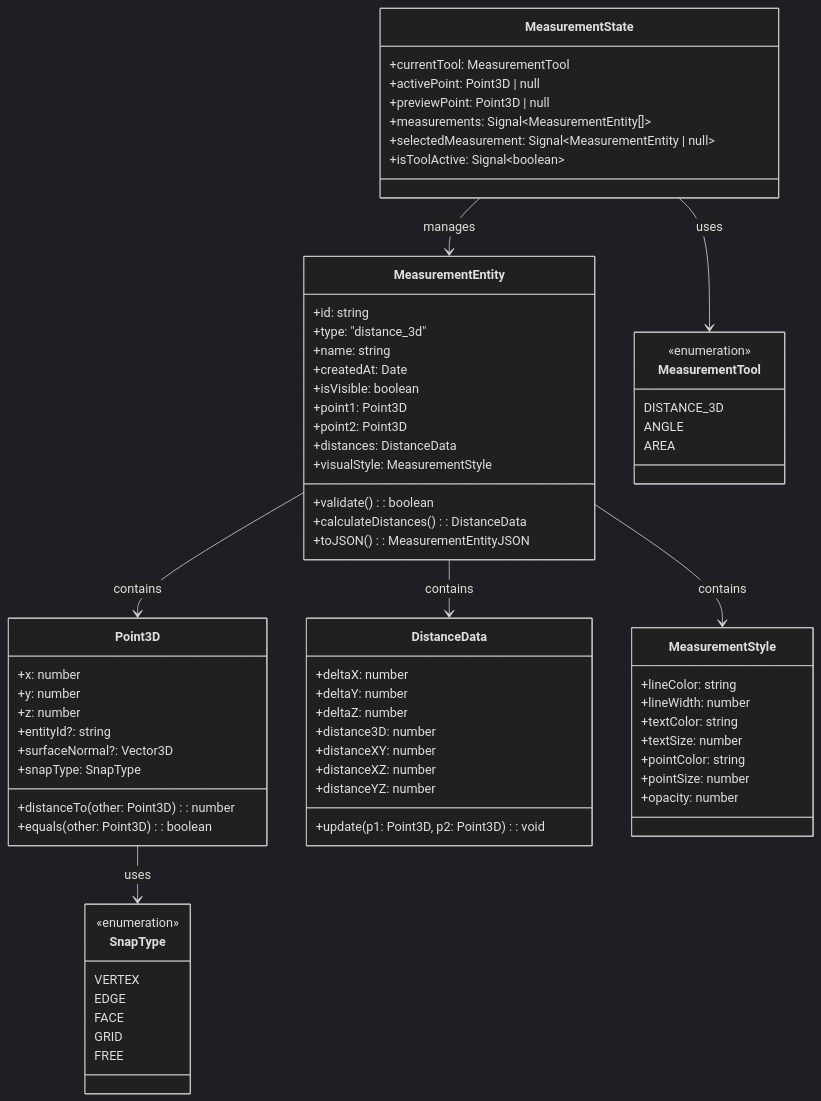
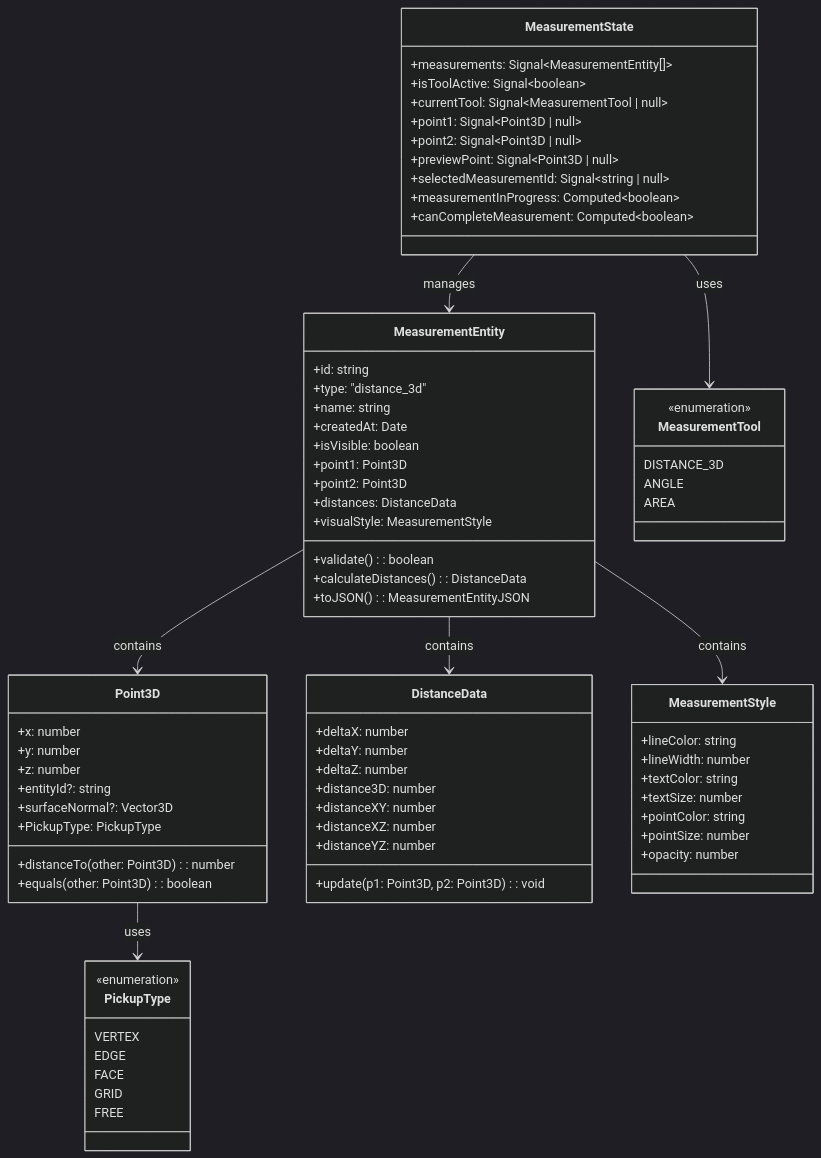
The fourth of 14 diagrams in content/posts/magicloud/uvf/task_measure.md (sjzsdu/tong-notes), drawn with Mermaid (dark theme) before and after one commit. The commit also changed other lines of this file and 97 other files, not shown here.

Commit message:
feat(crewai): describe execution flow and design patterns

````diff
--- a/content/posts/magicloud/uvf/task_measure.md
+++ b/content/posts/magicloud/uvf/task_measure.md
@@ -163,77 +171,80 @@
 ```mermaid
 classDiagram
     class MeasurementEntity {
         +id: string
         +type: "distance_3d"
         +name: string
         +createdAt: Date
         +isVisible: boolean
         +point1: Point3D
         +point2: Point3D
         +distances: DistanceData
         +visualStyle: MeasurementStyle
         +validate(): boolean
         +calculateDistances(): DistanceData
         +toJSON(): MeasurementEntityJSON
     }
     
     class Point3D {
         +x: number
         +y: number
         +z: number
         +entityId?: string
         +surfaceNormal?: Vector3D
-        +snapType: SnapType
+        +PickupType: PickupType
         +distanceTo(other: Point3D): number
         +equals(other: Point3D): boolean
     }
     
     class DistanceData {
         +deltaX: number
         +deltaY: number
         +deltaZ: number
         +distance3D: number
         +distanceXY: number
         +distanceXZ: number
         +distanceYZ: number
         +update(p1: Point3D, p2: Point3D): void
     }
     
     class MeasurementStyle {
         +lineColor: string
         +lineWidth: number
         +textColor: string
         +textSize: number
         +pointColor: string
         +pointSize: number
         +opacity: number
     }
     
     class MeasurementState {
-        +currentTool: MeasurementTool
-        +activePoint: Point3D | null
-        +previewPoint: Point3D | null
         +measurements: Signal~MeasurementEntity[]~
-        +selectedMeasurement: Signal~MeasurementEntity | null~
         +isToolActive: Signal~boolean~
+        +currentTool: Signal~MeasurementTool | null~
+        +point1: Signal~Point3D | null~
+        +point2: Signal~Point3D | null~
+        +previewPoint: Signal~Point3D | null~
+        +selectedMeasurementId: Signal~string | null~
+        +measurementInProgress: Computed~boolean~
+        +canCompleteMeasurement: Computed~boolean~
     }
     
     MeasurementEntity --> Point3D : contains
     MeasurementEntity --> DistanceData : contains
     MeasurementEntity --> MeasurementStyle : contains
     MeasurementState --> MeasurementEntity : manages
-    Point3D --> SnapType : uses
+    Point3D --> PickupType : uses
     MeasurementState --> MeasurementTool : uses
     
-    <<enumeration>> SnapType
-    SnapType : VERTEX
-    SnapType : EDGE
-    SnapType : FACE
-    SnapType : GRID
-    SnapType : FREE
+    <<enumeration>> PickupType
+    PickupType : VERTEX
+    PickupType : EDGE
+    PickupType : FACE
+    PickupType : GRID
+    PickupType : FREE
 
     <<enumeration>> MeasurementTool
     MeasurementTool : DISTANCE_3D
     MeasurementTool : ANGLE
     MeasurementTool : AREA
 ```
````
